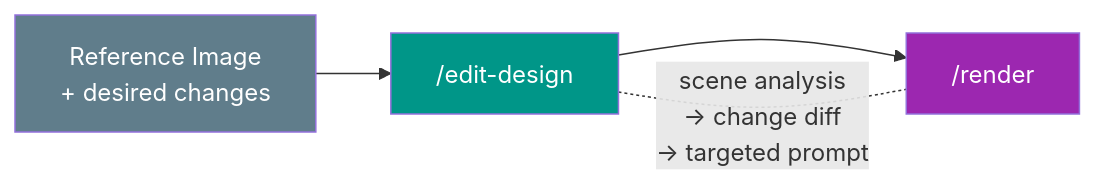
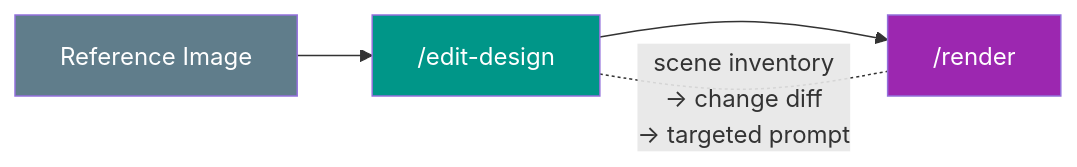
Before and after one commit to nguyenvanduocit/pandaConcept: the second of 3 diagrams in README.md, drawn with Mermaid. The commit also changed other lines of this file and 8 other files, not shown here.

First line of the commit message:
Add Graph of Skills: interconnected skill network with session context and gotchas

````diff
--- a/README.md
+++ b/README.md
@@ -44,11 +90,11 @@
 ```mermaid
 graph LR
-    IMG["Reference Image<br>+ desired changes"] --> ED["/edit-design"]
+    IMG["Reference Image"] --> ED["/edit-design"]
     ED --> R["/render"]
 
-    ED -.-|"scene analysis<br>→ change diff<br>→ targeted prompt"| R
+    ED -.-|"scene inventory<br>→ change diff<br>→ targeted prompt"| R
 
     style IMG fill:#607D8B,color:#fff
     style ED fill:#009688,color:#fff
     style R fill:#9C27B0,color:#fff
 ```
````
